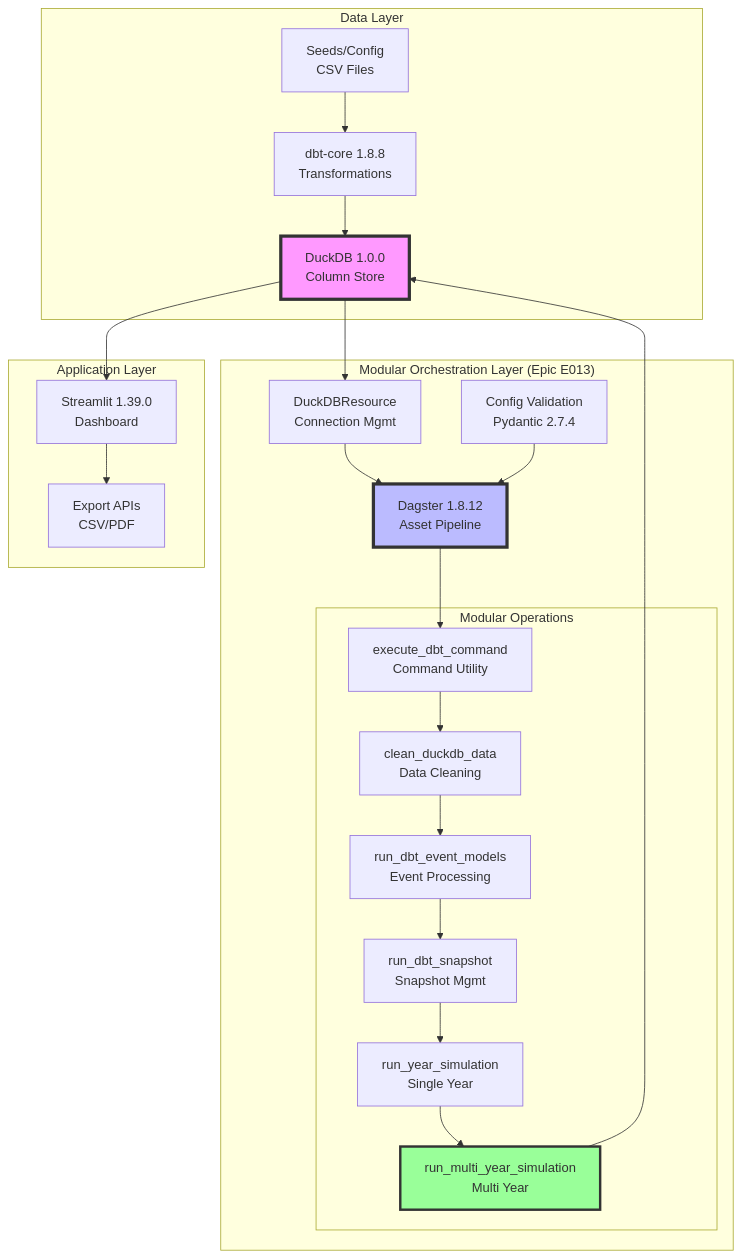
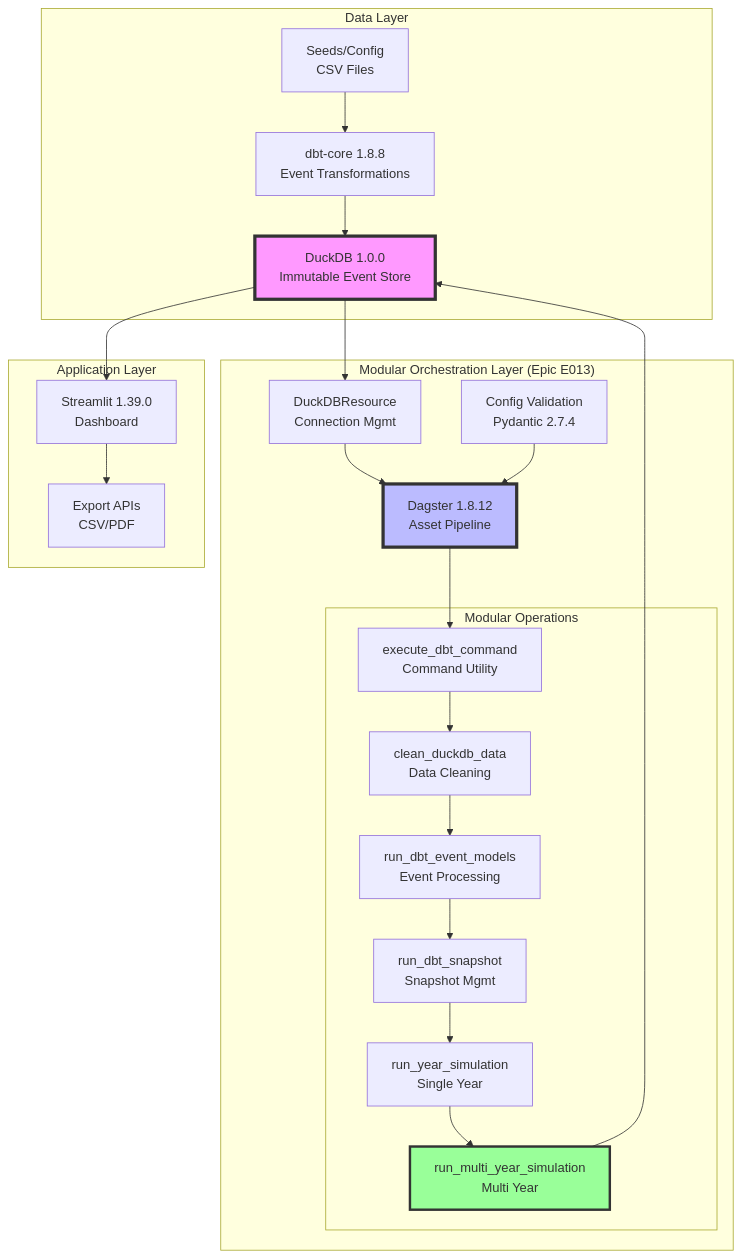
Before and after one commit to crzyc98/planwise_navigator: the first of 3 diagrams in docs/01_prd_planwise_navigator_v3_1.md, drawn with Mermaid. The commit also changed other lines of this file and 2 other files, not shown here.

Commit message:
feat: implement event sourcing with UUID-stamped workforce transitions and audit trails

````diff
--- a/docs/01_prd_planwise_navigator_v3_1.md
+++ b/docs/01_prd_planwise_navigator_v3_1.md
@@ -44,47 +49,47 @@
 ```mermaid
 graph TB
     subgraph "Data Layer"
-        A[DuckDB 1.0.0<br/>Column Store]
-        B[dbt-core 1.8.8<br/>Transformations]
+        A[DuckDB 1.0.0<br/>Immutable Event Store]
+        B[dbt-core 1.8.8<br/>Event Transformations]
         C[Seeds/Config<br/>CSV Files]
     end
 
     subgraph "Modular Orchestration Layer (Epic E013)"
         D[Dagster 1.8.12<br/>Asset Pipeline]
         E[DuckDBResource<br/>Connection Mgmt]
         F[Config Validation<br/>Pydantic 2.7.4]
 
         subgraph "Modular Operations"
             M1[execute_dbt_command<br/>Command Utility]
             M2[clean_duckdb_data<br/>Data Cleaning]
             M3[run_dbt_event_models<br/>Event Processing]
             M4[run_dbt_snapshot<br/>Snapshot Mgmt]
             M5[run_year_simulation<br/>Single Year]
             M6[run_multi_year_simulation<br/>Multi Year]
         end
     end
 
     subgraph "Application Layer"
         G[Streamlit 1.39.0<br/>Dashboard]
         H[Export APIs<br/>CSV/PDF]
     end
 
     C --> B
     B --> A
     A --> E
     E --> D
     F --> D
     D --> M1
     M1 --> M2
     M2 --> M3
     M3 --> M4
     M4 --> M5
     M5 --> M6
     M6 --> A
     A --> G
     G --> H
 
     style A fill:#f9f,stroke:#333,stroke-width:4px
     style D fill:#bbf,stroke:#333,stroke-width:4px
     style M6 fill:#9f9,stroke:#333,stroke-width:3px
 ```
````
